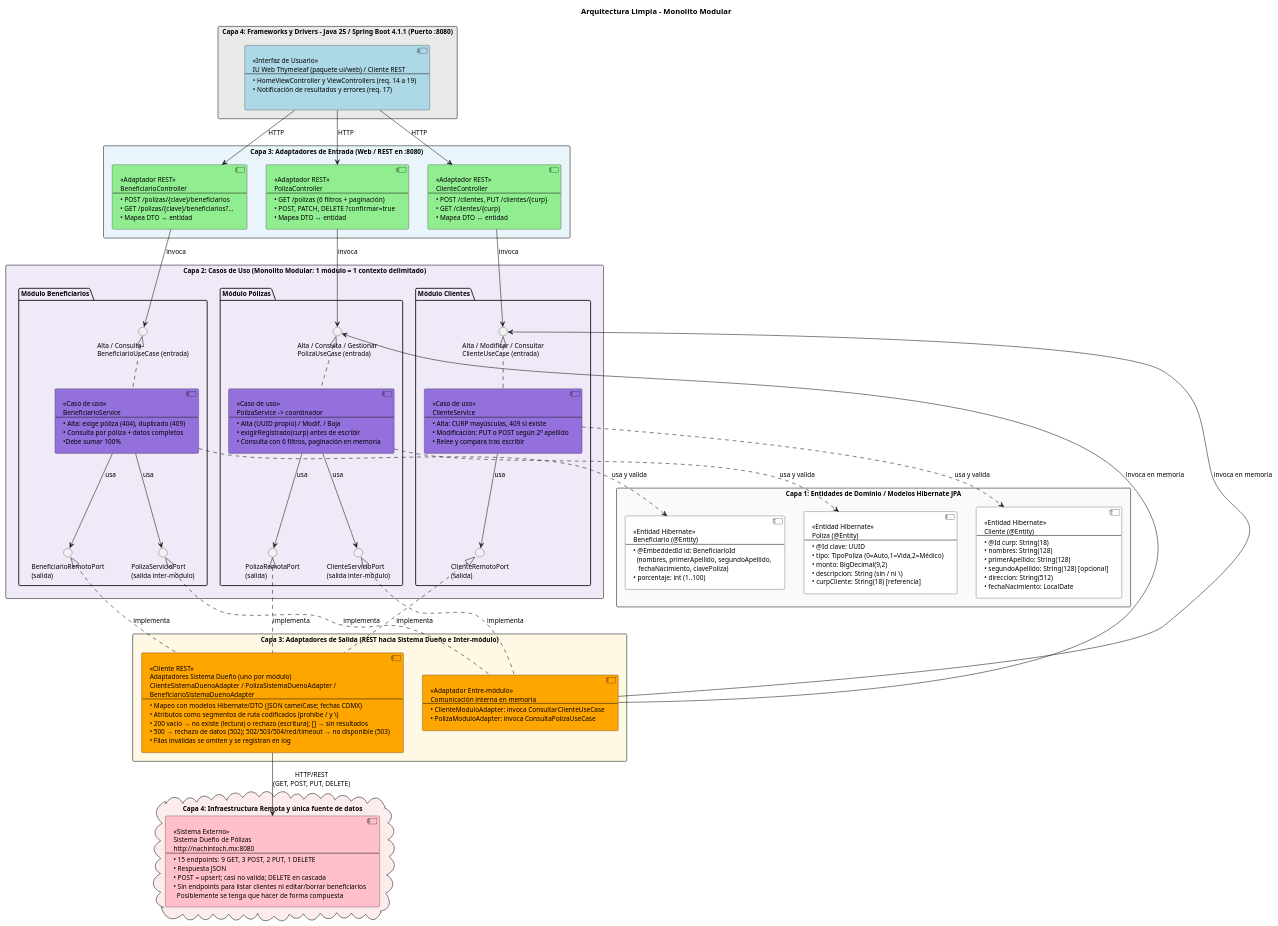
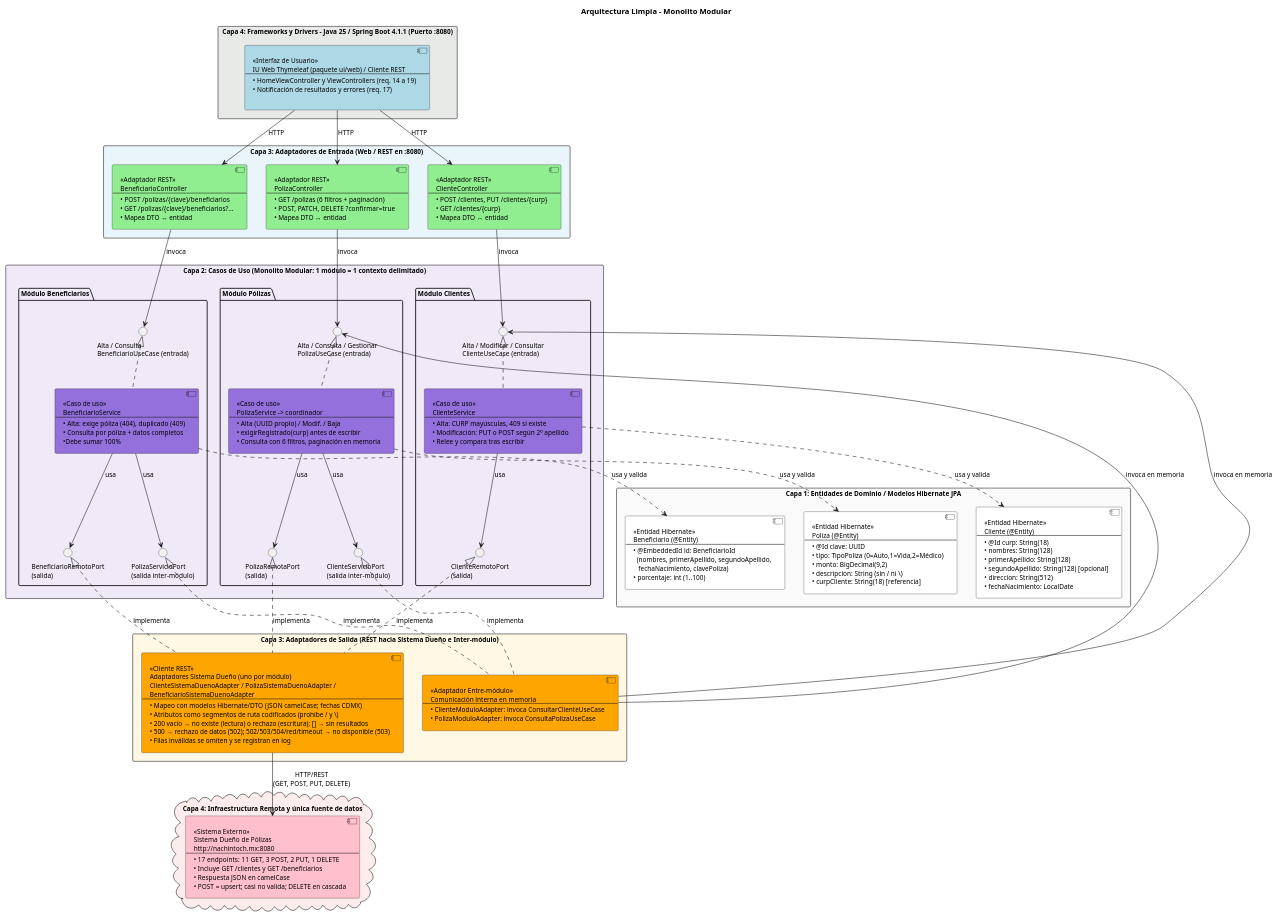
Before and after one commit to tuxryu/ProyectoAQS_26-II: the diagram in docs/arquitectura4.puml, drawn with PlantUML. The commit also changed 16 other files, not shown here.

```diff
--- a/docs/arquitectura4.puml
+++ b/docs/arquitectura4.puml
@@ -1,90 +1,90 @@
 @startuml
 title Arquitectura Limpia - Monolito Modular
 skinparam componentStyle uml2
 skinparam shadowing false
 skinparam defaultFontSize 12
 
 rectangle "Capa 4: Frameworks y Drivers - Java 25 / Spring Boot 4.1.1 (Puerto :8080)" as C4a #E8EAE8 {
   component "<<Interfaz de Usuario>>\nIU Web Thymeleaf (paquete ui/web) / Cliente REST\n--\n• HomeViewController y ViewControllers (req. 14 a 19)\n• Notificación de resultados y errores (req. 17)\n" as UI #ADD8E6
 }
 
 rectangle "Capa 3: Adaptadores de Entrada (Web / REST en :8080)" as C3in #EAF4FB {
   component "<<Adaptador REST>>\nClienteController\n--\n• POST /clientes, PUT /clientes/{curp}\n• GET /clientes/{curp}\n• Mapea DTO ↔ entidad" as ACli #90EE90
   component "<<Adaptador REST>>\nPolizaController\n--\n• GET /polizas (6 filtros + paginación)\n• POST, PATCH, DELETE ?confirmar=true\n• Mapea DTO ↔ entidad" as APol #90EE90
   component "<<Adaptador REST>>\nBeneficiarioController\n--\n• POST /polizas/{clave}/beneficiarios\n• GET /polizas/{clave}/beneficiarios?...\n• Mapea DTO ↔ entidad" as ABen #90EE90
 }
 
 rectangle "Capa 2: Casos de Uso (Monolito Modular: 1 módulo = 1 contexto delimitado)" as C2 #F0E9F8 {
 
   package "Módulo Clientes" as MSC {
     interface "Alta / Modificar / Consultar\nClienteUseCase (entrada)" as PInCli
     component "<<Caso de uso>>\nClienteService\n--\n• Alta: CURP mayúsculas, 409 si existe\n• Modificación: PUT o POST según 2º apellido\n• Relee y compara tras escribir" as SCli #9370DB
     interface "ClienteRemotoPort\n(salida)" as POutCli
   }
 
   package "Módulo Pólizas" as MSP {
     interface "Alta / Consulta / Gestionar\nPolizaUseCase (entrada)" as PInPol
     component "<<Caso de uso>>\nPolizaService -> coordinador\n--\n• Alta (UUID propio) / Modif. / Baja\n• exigirRegistrado(curp) antes de escribir\n• Consulta con 6 filtros, paginación en memoria" as SPol #9370DB
     interface "PolizaRemotaPort\n(salida)" as POutPol
     interface "ClienteServicioPort\n(salida inter-módulo)" as POutPolCli
   }
 
   package "Módulo Beneficiarios" as MSB {
     interface "Alta / Consulta\nBeneficiarioUseCase (entrada)" as PInBen
     component "<<Caso de uso>>\nBeneficiarioService\n--\n• Alta: exige póliza (404), duplicado (409)\n• Consulta por póliza + datos completos\n•Debe sumar 100%" as SBen #9370DB
     interface "BeneficiarioRemotoPort\n(salida)" as POutBen
     interface "PolizaServicioPort\n(salida inter-módulo)" as POutBenPol
   }
 }
 
 rectangle "Capa 1: Entidades de Dominio / Modelos Hibernate JPA" as C1 #FAFAFA {
   component "<<Entidad Hibernate>>\nCliente (@Entity)\n--\n• @Id curp: String(18)\n• nombres: String(128)\n• primerApellido: String(128)\n• segundoApellido: String(128) [opcional]\n• direccion: String(512)\n• fechaNacimiento: LocalDate" as ECli #White
   component "<<Entidad Hibernate>>\nPoliza (@Entity)\n--\n• @Id clave: UUID\n• tipo: TipoPoliza (0=Auto,1=Vida,2=Médico)\n• monto: BigDecimal(9,2)\n• descripcion: String (sin / ni \\)\n• curpCliente: String(18) [referencia]" as EPol #White
   component "<<Entidad Hibernate>>\nBeneficiario (@Entity)\n--\n• @EmbeddedId id: BeneficiarioId\n  (nombres, primerApellido, segundoApellido,\n   fechaNacimiento, clavePoliza)\n• porcentaje: int (1..100)" as EBen #White
 }
 
 rectangle "Capa 3: Adaptadores de Salida (REST hacia Sistema Dueño e Inter-módulo)" as C3out #FFF8E5 {
   component "<<Cliente REST>>\nAdaptadores Sistema Dueño (uno por módulo)\nClienteSistemaDuenoAdapter / PolizaSistemaDuenoAdapter /\nBeneficiarioSistemaDuenoAdapter\n--\n• Mapeo con modelos Hibernate/DTO (JSON camelCase; fechas CDMX)\n• Atributos como segmentos de ruta codificados (prohíbe / y \\)\n• 200 vacío → no existe (lectura) o rechazo (escritura); [] → sin resultados\n• 500 → rechazo de datos (502); 502/503/504/red/timeout → no disponible (503)\n• Filas inválidas se omiten y se registran en log" as AOut #FFA500
   component "<<Adaptador Entre-módulo>>\nComunicación interna en memoria\n--\n• ClienteModuloAdapter: invoca ConsultarClienteUseCase\n• PolizaModuloAdapter: invoca ConsultaPolizaUseCase" as AInt #FFA500
 }
 
 cloud "Capa 4: Infraestructura Remota y única fuente de datos" as C4b #FDECEC {
-  component "<<Sistema Externo>>\nSistema Dueño de Pólizas\nhttp://nachintoch.mx:8080\n--\n• 15 endpoints: 9 GET, 3 POST, 2 PUT, 1 DELETE\n• Respuesta JSON\n• POST = upsert; casi no valida; DELETE en cascada\n• Sin endpoints para listar clientes ni editar/borrar beneficiarios\n  Posiblemente se tenga que hacer de forma compuesta" as EXT #FFC0CB
+  component "<<Sistema Externo>>\nSistema Dueño de Pólizas\nhttp://nachintoch.mx:8080\n--\n• 17 endpoints: 11 GET, 3 POST, 2 PUT, 1 DELETE\n• Incluye GET /clientes y GET /beneficiarios\n• Respuesta JSON en camelCase\n• POST = upsert; casi no valida; DELETE en cascada" as EXT #FFC0CB
 }
 
 UI --> ACli : HTTP
 UI --> APol : HTTP
 UI --> ABen : HTTP
 
 ACli --> PInCli : invoca
 APol --> PInPol : invoca
 ABen --> PInBen : invoca
 
 ' El servicio IMPLEMENTA el puerto de entrada
 SCli .up.|> PInCli
 SPol .up.|> PInPol
 SBen .up.|> PInBen
 
 ' El servicio USA los puertos de salida
 SCli --> POutCli : usa
 SPol --> POutPol : usa
 SPol --> POutPolCli : usa
 SBen --> POutBen : usa
 SBen --> POutBenPol : usa
 
 SCli ..> ECli : usa y valida
 SPol ..> EPol : usa y valida
 SBen ..> EBen : usa y valida
 
 ' Inversión de dependencias: el ADAPTADOR implementa el puerto
 AOut .up.|> POutCli : implementa
 AOut .up.|> POutPol : implementa
 AOut .up.|> POutBen : implementa
 AInt .up.|> POutPolCli : implementa
 AInt .up.|> POutBenPol : implementa
 
 AOut --> EXT : HTTP/REST\n(GET, POST, PUT, DELETE)
 AInt --> PInCli : invoca en memoria
 AInt --> PInPol : invoca en memoria
 
 @enduml
```
